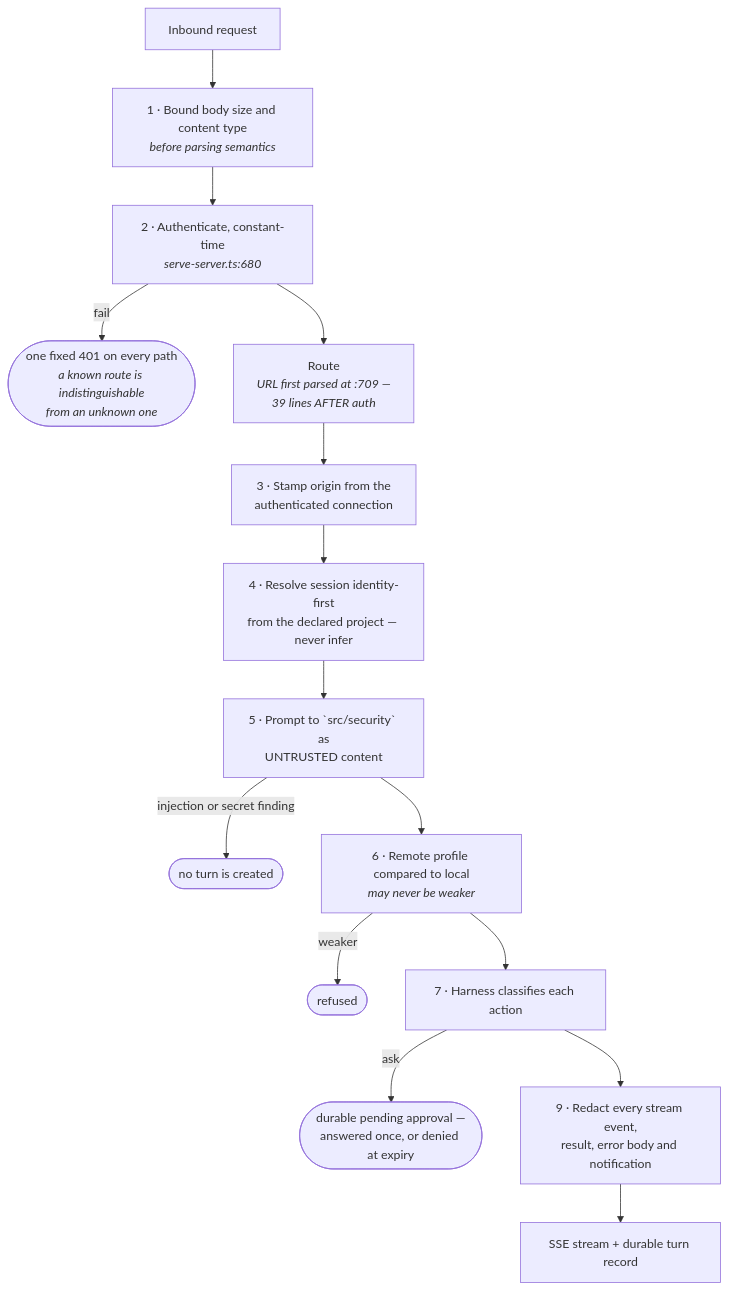
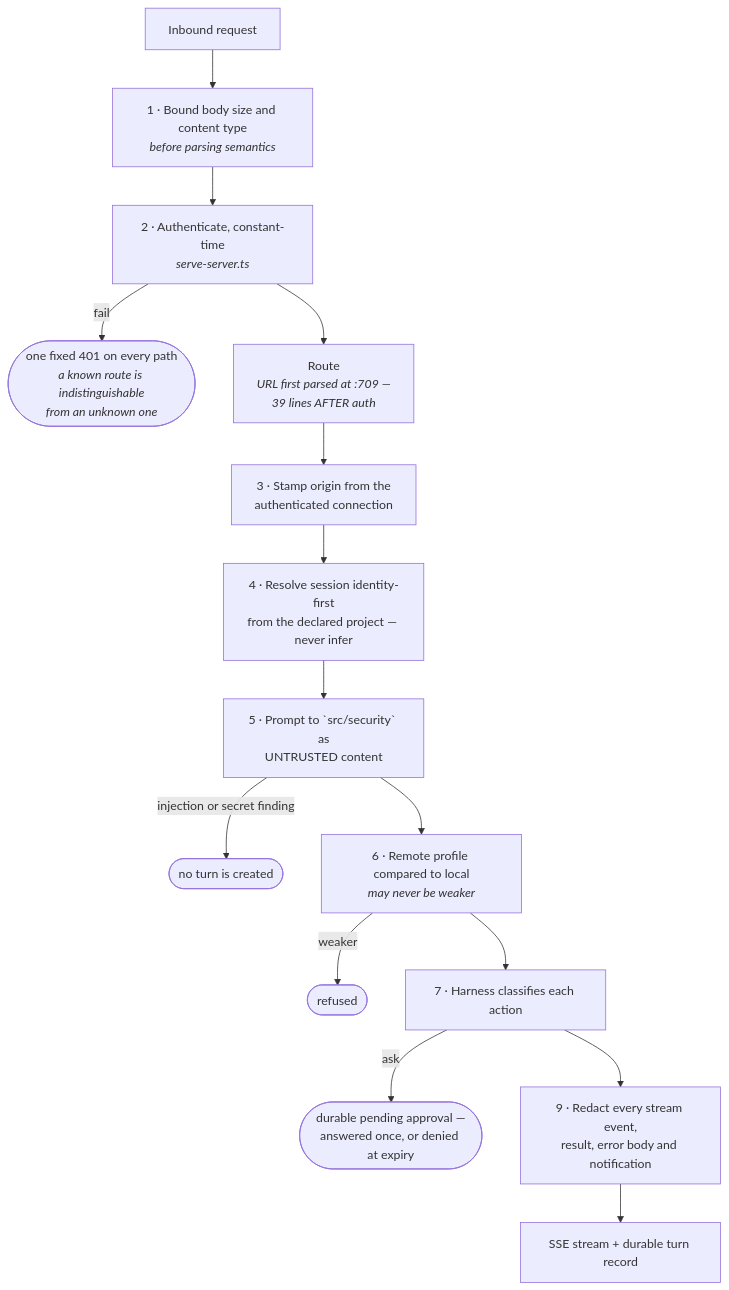
The third of 6 diagrams in docs/docs/architecture.md (MrCipherSmith/keryx), drawn with Mermaid before and after one commit. The commit also changed other lines of this file and 1 other file, not shown here.

First line of the commit message:
docs(architecture,harness): align module map, gates and citations with the code

````diff
--- a/docs/docs/architecture.md
+++ b/docs/docs/architecture.md
@@ -351,17 +354,17 @@
 ```mermaid
 flowchart TB
   REQ["Inbound request"] --> B1["1 · Bound body size and content type<br/><i>before parsing semantics</i>"]
-  B1 --> B2["2 · Authenticate, constant-time<br/><i>serve-server.ts:680</i>"]
+  B1 --> B2["2 · Authenticate, constant-time<br/><i>serve-server.ts</i>"]
   B2 -->|"fail"| F1(["one fixed 401 on every path<br/><i>a known route is indistinguishable<br/>from an unknown one</i>"])
   B2 --> RT["Route<br/><i>URL first parsed at :709 —<br/>39 lines AFTER auth</i>"]
   RT --> B3["3 · Stamp origin from the<br/>authenticated connection"]
   B3 --> B4["4 · Resolve session identity-first<br/>from the declared project — never infer"]
   B4 --> B5["5 · Prompt to `src/security` as<br/>UNTRUSTED content"]
   B5 -->|"injection or secret finding"| F2(["no turn is created"])
   B5 --> B6["6 · Remote profile compared to local<br/><i>may never be weaker</i>"]
   B6 -->|"weaker"| F3(["refused"])
   B6 --> B7["7 · Harness classifies each action"]
   B7 -->|"ask"| F4(["durable pending approval —<br/>answered once, or denied at expiry"])
   B7 --> B9["9 · Redact every stream event,<br/>result, error body and notification"]
   B9 --> OUT["SSE stream + durable turn record"]
 ```
````
